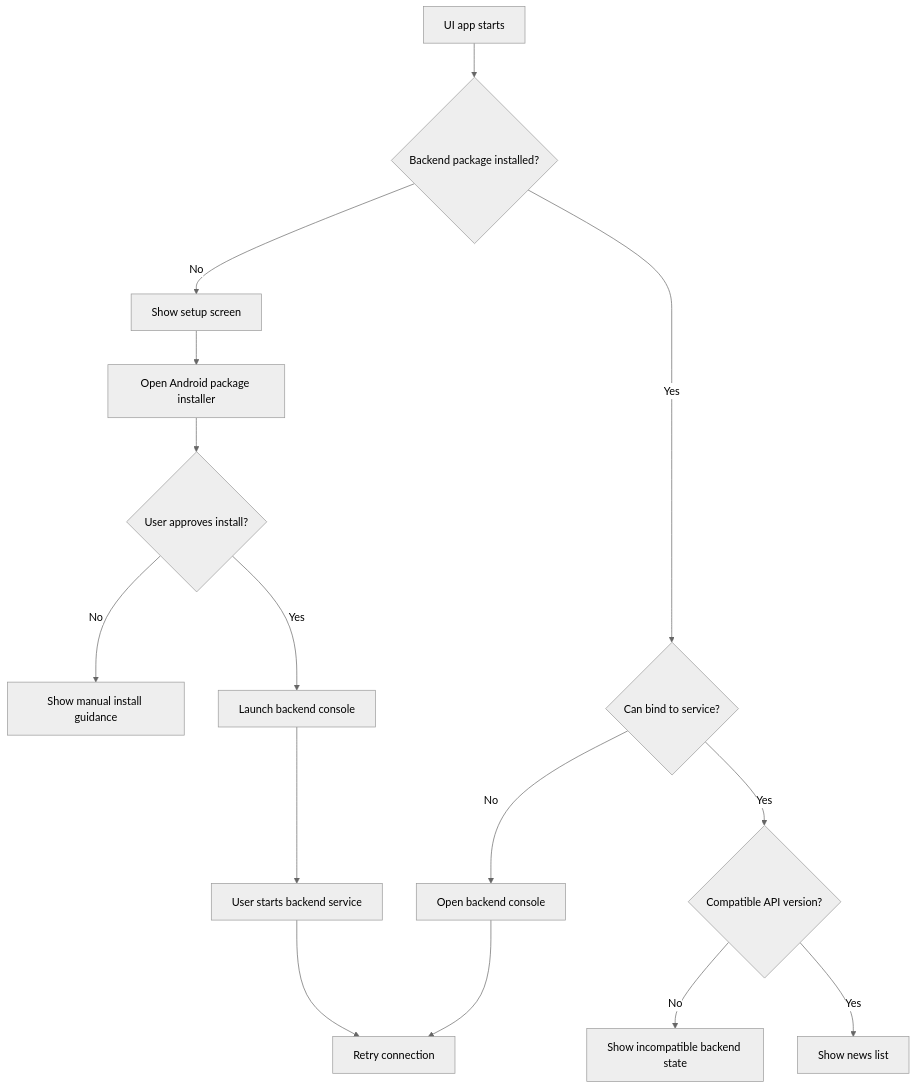
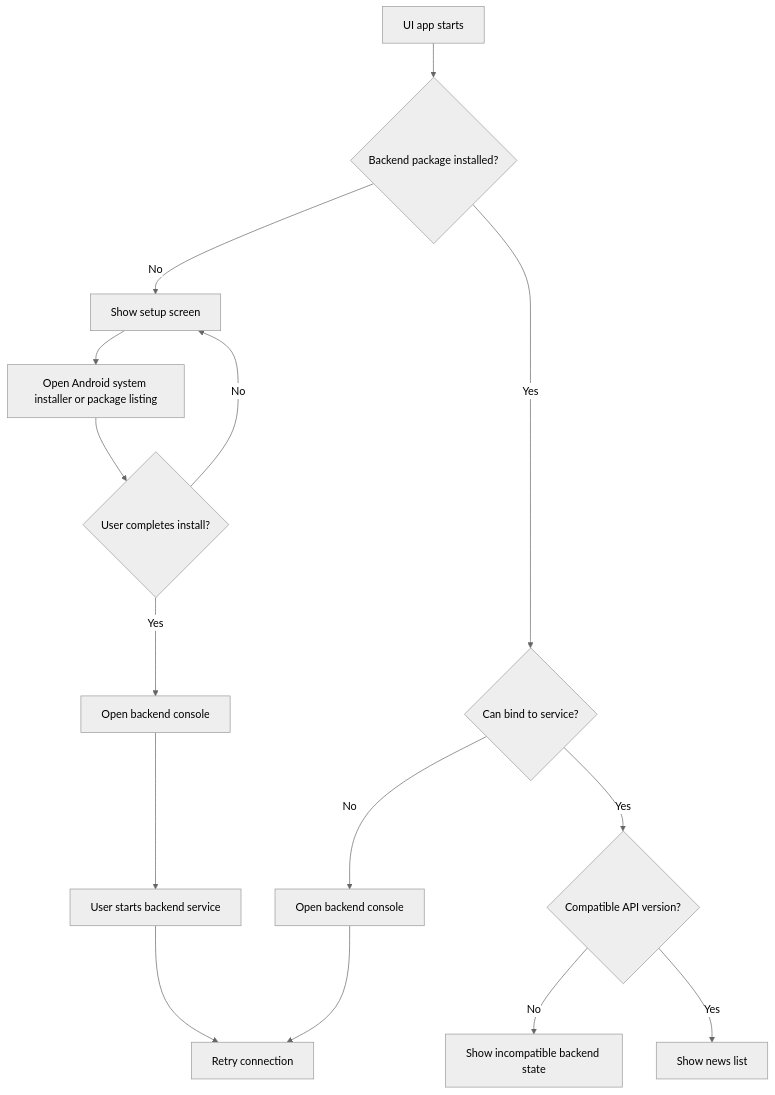
One commit to Yaniv-Benhaim/unity-news-app changed the ninth of 9 diagrams in docs/DESIGN.md. Above: the diagram before and after it, drawn with Mermaid (neutral theme). The commit also changed other lines of this file and 13 other files, not shown here.

Commit message:
chore: harden release builds and document architecture

````diff
--- a/docs/DESIGN.md
+++ b/docs/DESIGN.md
@@ -466,17 +458,17 @@
 ```mermaid
 flowchart TD
     Start["UI app starts"] --> Detect{"Backend package installed?"}
     Detect -- "No" --> Setup["Show setup screen"]
-    Setup --> Install["Open Android package installer"]
-    Install --> Approved{"User approves install?"}
-    Approved -- "No" --> Manual["Show manual install guidance"]
-    Approved -- "Yes" --> Launch["Launch backend console"]
+    Setup --> Install["Open Android system installer or package listing"]
+    Install --> Approved{"User completes install?"}
+    Approved -- "No" --> Setup
+    Approved -- "Yes" --> Launch["Open backend console"]
     Detect -- "Yes" --> Bind{"Can bind to service?"}
     Launch --> StartService["User starts backend service"]
     StartService --> Retry["Retry connection"]
     Bind -- "No" --> OpenBackend["Open backend console"]
     OpenBackend --> Retry
     Bind -- "Yes" --> Version{"Compatible API version?"}
     Version -- "No" --> Incompatible["Show incompatible backend state"]
     Version -- "Yes" --> News["Show news list"]
 ```
````
